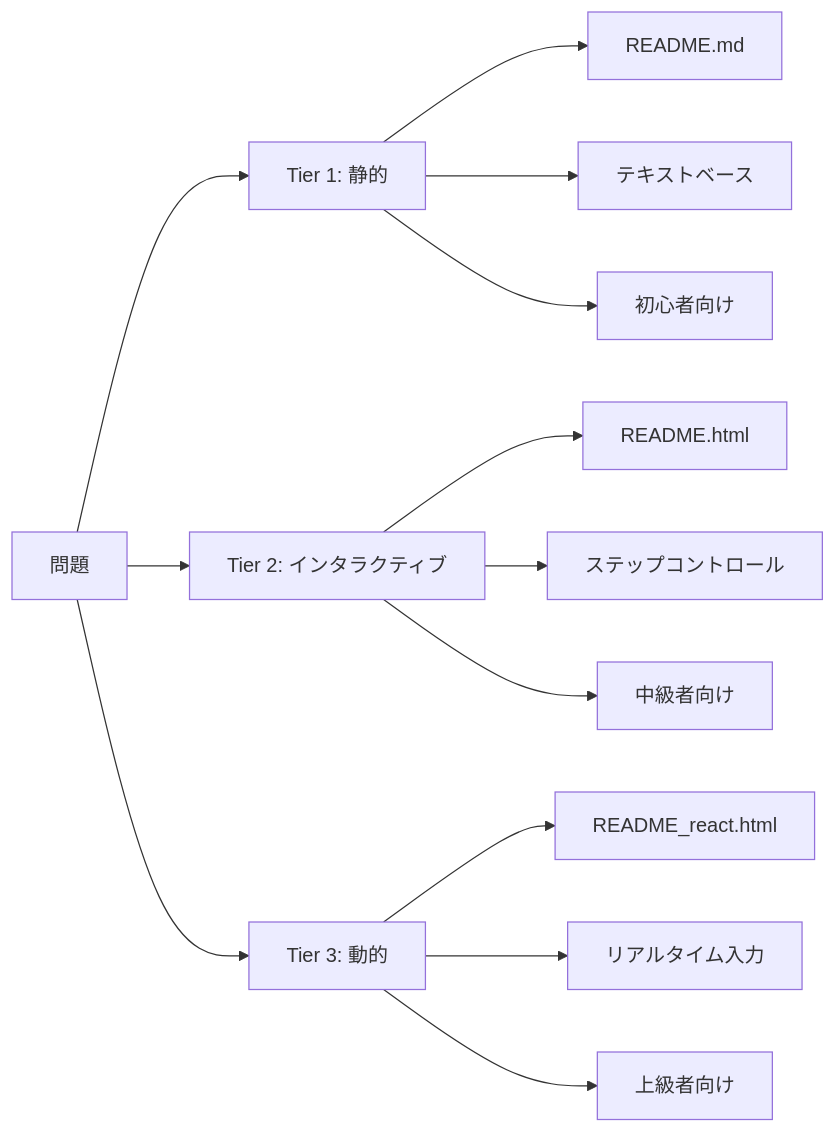
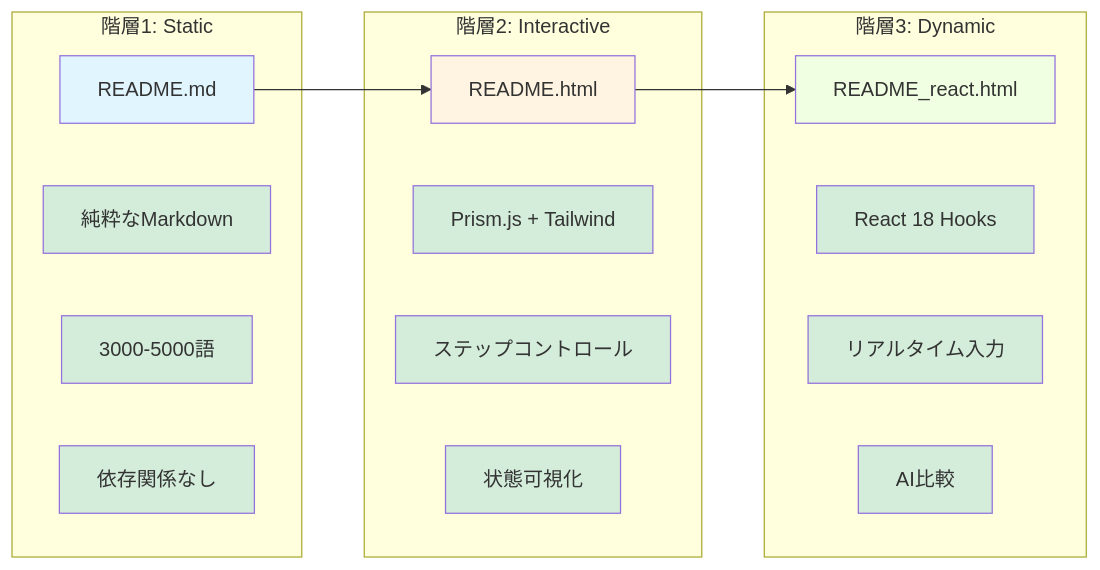
The fourth of 9 diagrams in README.md (myoshi2891/Algorithm-DataStructures-Math-SQL), drawn with Mermaid before and after one commit. The commit also changed other lines of this file, not shown here.

````diff
--- a/README.md
+++ b/README.md
@@ -368,18 +189,39 @@
 ```mermaid
 graph LR
-    A[問題] --> B[Tier 1: 静的]
-    A --> C[Tier 2: インタラクティブ]
-    A --> D[Tier 3: 動的]
-
-    B --> B1[README.md]
-    B --> B2[テキストベース]
-    B --> B3[初心者向け]
-
-    C --> C1[README.html]
-    C --> C2[ステップコントロール]
-    C --> C3[中級者向け]
-
-    D --> D1[README_react.html]
-    D --> D2[リアルタイム入力]
-    D --> D3[上級者向け]
+    subgraph "階層1: Static"
+        T1[README.md]
+        T1_1[純粋なMarkdown]
+        T1_2[3000-5000語]
+        T1_3[依存関係なし]
+    end
+    
+    subgraph "階層2: Interactive"
+        T2[README.html]
+        T2_1[Prism.js + Tailwind]
+        T2_2[ステップコントロール]
+        T2_3[状態可視化]
+    end
+    
+    subgraph "階層3: Dynamic"
+        T3[README_react.html]
+        T3_1[React 18 Hooks]
+        T3_2[リアルタイム入力]
+        T3_3[AI比較]
+    end
+    
+    T1 --> T2
+    T2 --> T3
+    
+    style T1 fill:#e1f5ff
+    style T2 fill:#fff4e1
+    style T3 fill:#f0ffe1
+    style T1_1 fill:#d4edda
+    style T1_2 fill:#d4edda
+    style T1_3 fill:#d4edda
+    style T2_1 fill:#d4edda
+    style T2_2 fill:#d4edda
+    style T2_3 fill:#d4edda
+    style T3_1 fill:#d4edda
+    style T3_2 fill:#d4edda
+    style T3_3 fill:#d4edda
 ```
````
